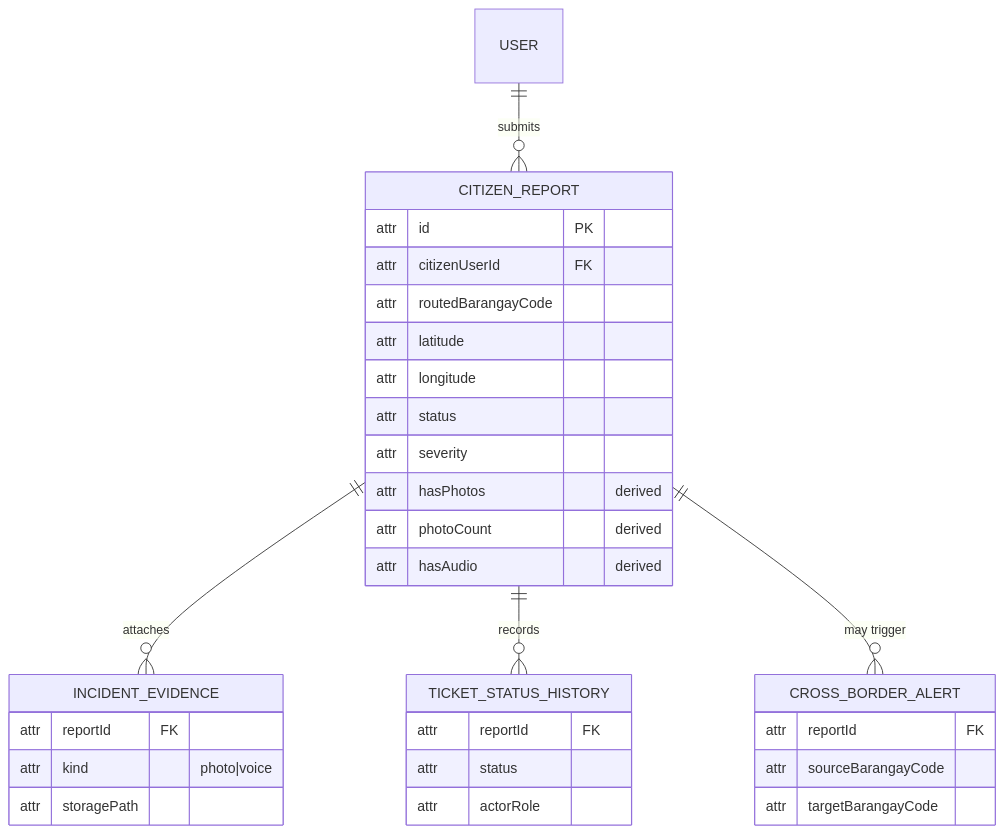
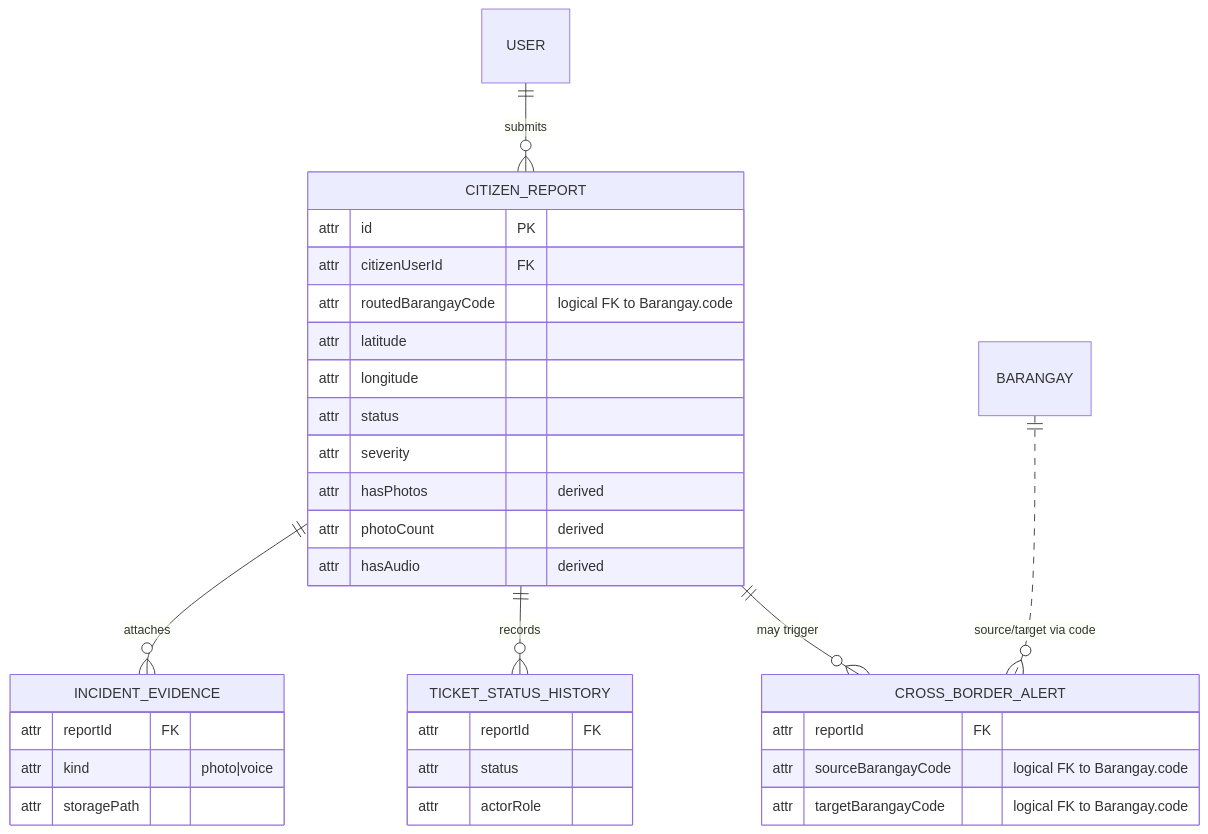
One commit to Jaymie-Lacson/Tugon changed the third of 4 diagrams in docs/ERD.md. Above: the diagram before and after it, drawn with Mermaid. The commit also changed other lines of this file and 2 other files, not shown here.

Commit message:
fix(erd): implement tighter connections and relationships

````diff
--- a/docs/ERD.md
+++ b/docs/ERD.md
@@ -254,35 +257,36 @@
 ```mermaid
 erDiagram
     USER ||--o{ CITIZEN_REPORT : "submits"
+    BARANGAY ||..o{ CROSS_BORDER_ALERT : "source/target via code"
     CITIZEN_REPORT ||--o{ INCIDENT_EVIDENCE : "attaches"
     CITIZEN_REPORT ||--o{ TICKET_STATUS_HISTORY : "records"
     CITIZEN_REPORT ||--o{ CROSS_BORDER_ALERT : "may trigger"
 
     CITIZEN_REPORT {
         attr id PK
         attr citizenUserId FK
-        attr routedBarangayCode
+        attr routedBarangayCode "logical FK to Barangay.code"
         attr latitude
         attr longitude
         attr status
         attr severity
         attr hasPhotos "derived"
         attr photoCount "derived"
         attr hasAudio "derived"
     }
     INCIDENT_EVIDENCE {
         attr reportId FK
         attr kind "photo|voice"
         attr storagePath
     }
     TICKET_STATUS_HISTORY {
         attr reportId FK
         attr status
         attr actorRole
     }
     CROSS_BORDER_ALERT {
         attr reportId FK
-        attr sourceBarangayCode
-        attr targetBarangayCode
+        attr sourceBarangayCode "logical FK to Barangay.code"
+        attr targetBarangayCode "logical FK to Barangay.code"
     }
 ```
````
